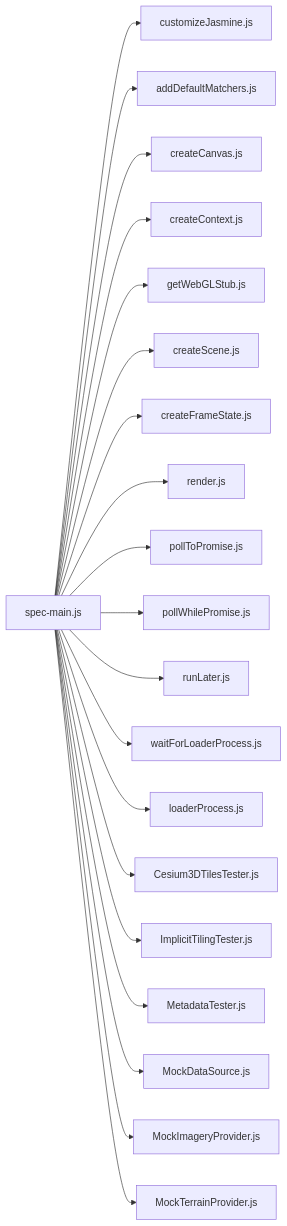
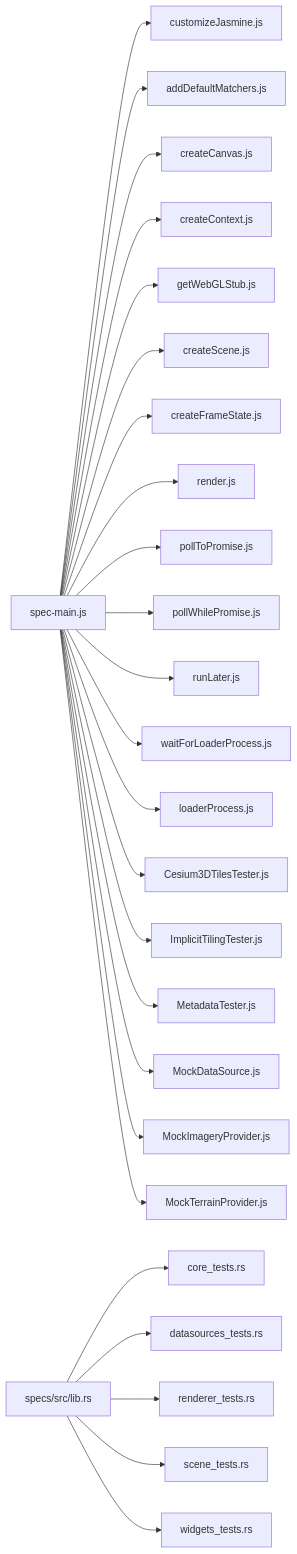
The seventh of 7 diagrams in .qoder/repowiki/zh/content/测试与调试/单元测试.md (rzhangjing/cesium), drawn with Mermaid before and after one commit. The commit also changed other lines of this file and 28 other files, not shown here.

````diff
--- a/.qoder/repowiki/zh/content/测试与调试/单元测试.md
+++ b/.qoder/repowiki/zh/content/测试与调试/单元测试.md
@@ -403,22 +493,27 @@
 ```mermaid
 graph LR
 SM["spec-main.js"] --> CJ["customizeJasmine.js"]
 SM --> AM["addDefaultMatchers.js"]
 SM --> CC["createCanvas.js"]
 SM --> CX["createContext.js"]
 SM --> GS["getWebGLStub.js"]
 SM --> CS["createScene.js"]
 SM --> CF["createFrameState.js"]
 SM --> R["render.js"]
 SM --> P["pollToPromise.js"]
 SM --> WP["pollWhilePromise.js"]
 SM --> RL["runLater.js"]
 SM --> WL["waitForLoaderProcess.js"]
 SM --> LP["loaderProcess.js"]
 SM --> T3D["Cesium3DTilesTester.js"]
 SM --> IT["ImplicitTilingTester.js"]
 SM --> MT["MetadataTester.js"]
 SM --> MSD["MockDataSource.js"]
 SM --> MIP["MockImageryProvider.js"]
 SM --> MTP["MockTerrainProvider.js"]
+RLib["specs/src/lib.rs"] --> CT["core_tests.rs"]
+RLib --> DT["datasources_tests.rs"]
+RLib --> RT["renderer_tests.rs"]
+RLib --> ST["scene_tests.rs"]
+RLib --> WT["widgets_tests.rs"]
 ```
````
